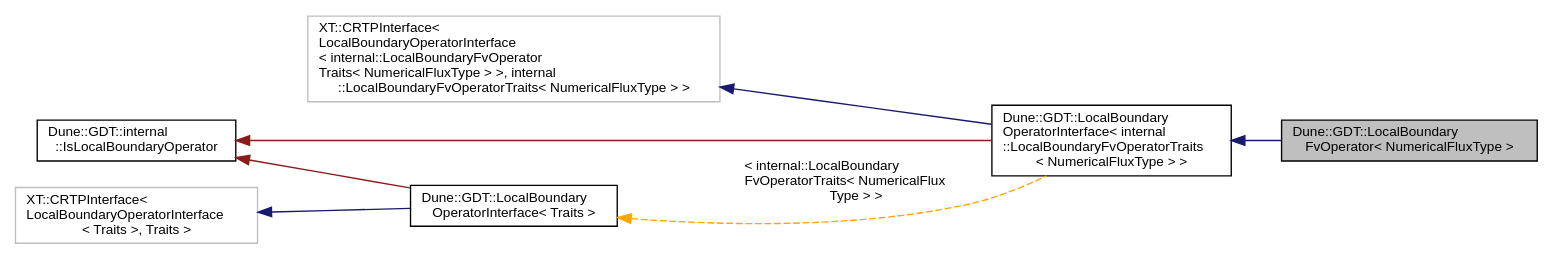
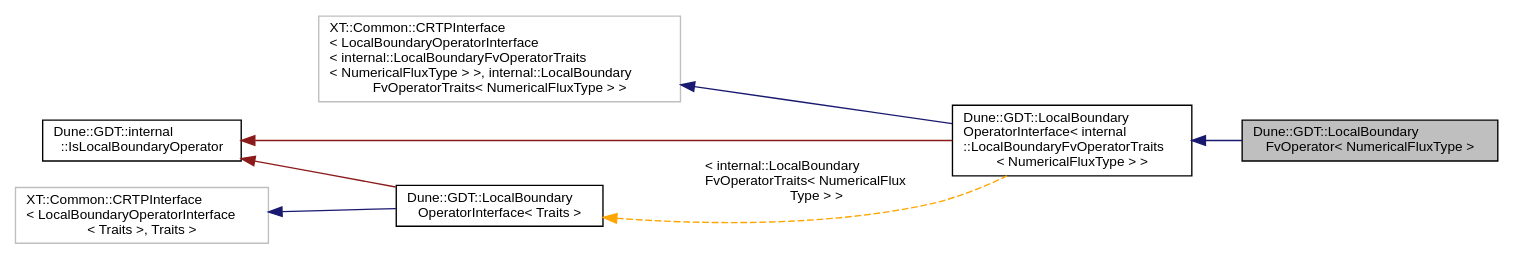
One commit to dune-community/dune-community.github.io changed the diagram in docs/dune-gdt/master/a01652.dot. Above: the diagram before and after it, drawn with Graphviz. The commit also changed 1147 other files, not shown here.

```diff
--- a/docs/dune-gdt/master/a01652.dot
+++ b/docs/dune-gdt/master/a01652.dot
@@ -1,18 +1,18 @@
 digraph "Dune::GDT::LocalBoundaryFvOperator&lt; NumericalFluxType &gt;"
 {
   edge [fontname="Helvetica",fontsize="10",labelfontname="Helvetica",labelfontsize="10"];
   node [fontname="Helvetica",fontsize="10",shape=record];
   rankdir="LR";
   Node0 [label="Dune::GDT::LocalBoundary\lFvOperator\< NumericalFluxType \>",height=0.2,width=0.4,color="black", fillcolor="grey75", style="filled", fontcolor="black"];
   Node1 -> Node0 [dir="back",color="midnightblue",fontsize="10",style="solid",fontname="Helvetica"];
   Node1 [label="Dune::GDT::LocalBoundary\lOperatorInterface\< internal\l::LocalBoundaryFvOperatorTraits\l\< NumericalFluxType \> \>",height=0.2,width=0.4,color="black", fillcolor="white", style="filled",URL="$a01697.html"];
   Node2 -> Node1 [dir="back",color="midnightblue",fontsize="10",style="solid",fontname="Helvetica"];
-  Node2 [label="XT::CRTPInterface\<\l LocalBoundaryOperatorInterface\l\< internal::LocalBoundaryFvOperator\lTraits\< NumericalFluxType \> \>, internal\l::LocalBoundaryFvOperatorTraits\< NumericalFluxType \> \>",height=0.2,width=0.4,color="grey75", fillcolor="white", style="filled"];
+  Node2 [label="XT::Common::CRTPInterface\l\< LocalBoundaryOperatorInterface\l\< internal::LocalBoundaryFvOperatorTraits\l\< NumericalFluxType \> \>, internal::LocalBoundary\lFvOperatorTraits\< NumericalFluxType \> \>",height=0.2,width=0.4,color="grey75", fillcolor="white", style="filled"];
   Node3 -> Node1 [dir="back",color="firebrick4",fontsize="10",style="solid",fontname="Helvetica"];
   Node3 [label="Dune::GDT::internal\l::IsLocalBoundaryOperator",height=0.2,width=0.4,color="black", fillcolor="white", style="filled",URL="$a01685.html"];
   Node4 -> Node1 [dir="back",color="orange",fontsize="10",style="dashed",label=" \< internal::LocalBoundary\lFvOperatorTraits\< NumericalFlux\lType \> \>" ,fontname="Helvetica"];
   Node4 [label="Dune::GDT::LocalBoundary\lOperatorInterface\< Traits \>",height=0.2,width=0.4,color="black", fillcolor="white", style="filled",URL="$a01697.html"];
   Node5 -> Node4 [dir="back",color="midnightblue",fontsize="10",style="solid",fontname="Helvetica"];
-  Node5 [label="XT::CRTPInterface\<\l LocalBoundaryOperatorInterface\l\< Traits \>, Traits \>",height=0.2,width=0.4,color="grey75", fillcolor="white", style="filled"];
+  Node5 [label="XT::Common::CRTPInterface\l\< LocalBoundaryOperatorInterface\l\< Traits \>, Traits \>",height=0.2,width=0.4,color="grey75", fillcolor="white", style="filled"];
   Node3 -> Node4 [dir="back",color="firebrick4",fontsize="10",style="solid",fontname="Helvetica"];
 }
```
